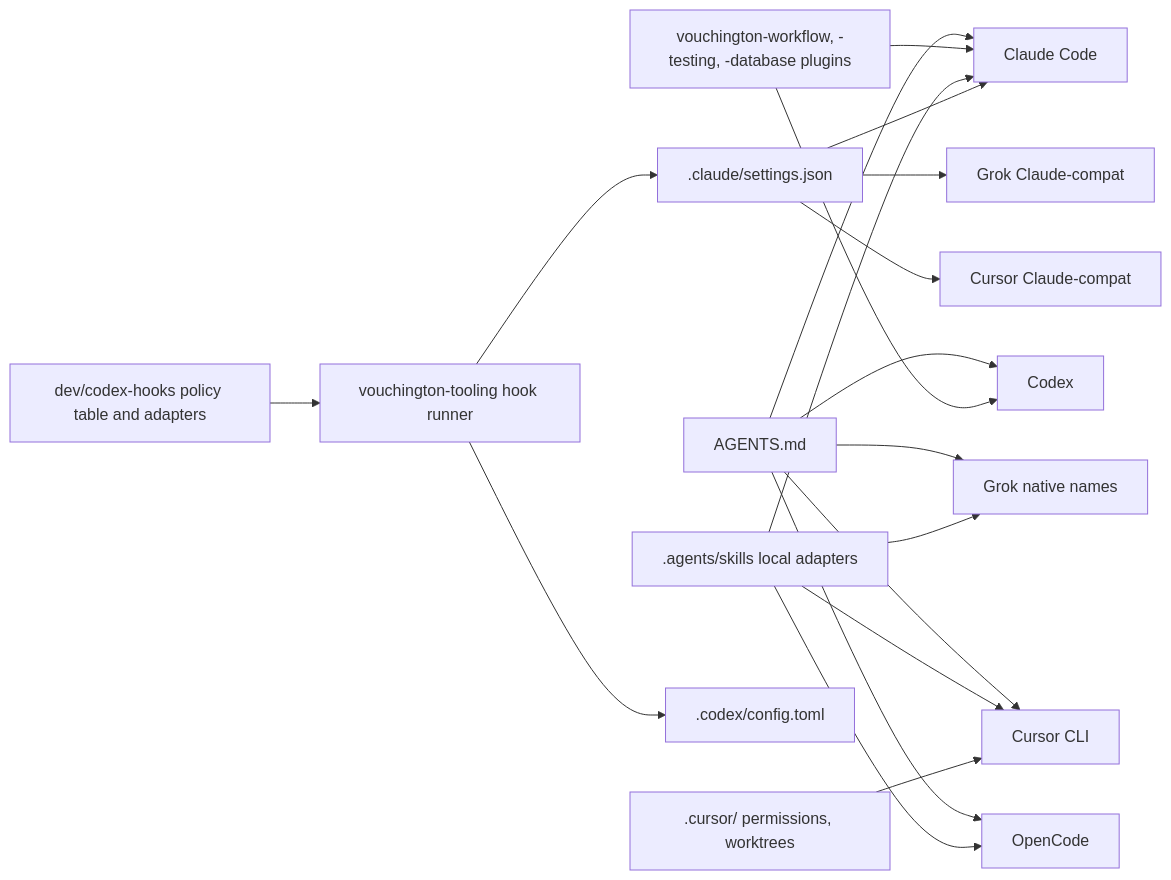
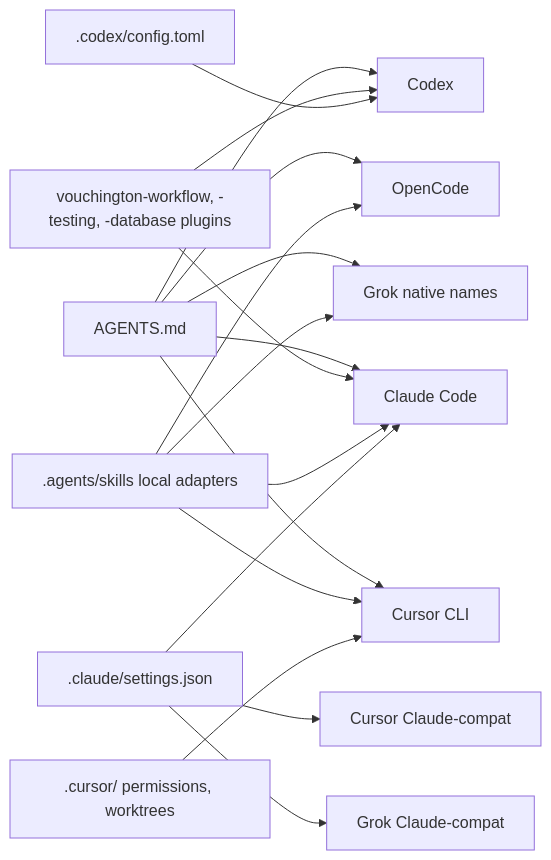
The diagram in docs/development/agent-harness-parity.md (vouchington/vouchington), drawn with Mermaid before and after one commit. The commit also changed other lines of this file and 52 other files, not shown here.

First line of the commit message:
chore(agents): remove command-policy hooks, tmux reminders, and the blackboard SessionStart hook

````diff
--- a/docs/development/agent-harness-parity.md
+++ b/docs/development/agent-harness-parity.md
@@ -42,21 +42,19 @@
 ```mermaid
 flowchart LR
   claudeMd[AGENTS.md] --> claude[Claude Code]
   claudeMd --> codex[Codex]
   claudeMd --> grok[Grok native names]
   claudeMd --> cursor[Cursor CLI]
   claudeMd --> opencode[OpenCode]
   plugins[vouchington-workflow, -testing, -database plugins] --> claude
   plugins --> codex
   skills[.agents/skills local adapters] --> claude
   skills --> grok
   skills --> cursor
   skills --> opencode
   claudeHooks[.claude/settings.json] --> claude
   claudeHooks --> grokCompat[Grok Claude-compat]
   claudeHooks --> cursorCompat[Cursor Claude-compat]
-  hookRunner[vouchington-tooling hook runner] --> claudeHooks
-  localPolicy[dev/codex-hooks policy table and adapters] --> hookRunner
-  hookRunner --> codexConfig[.codex/config.toml]
+  codexConfig[.codex/config.toml] --> codex
   cursorConfig[".cursor/ permissions, worktrees"] --> cursor
 ```
````
